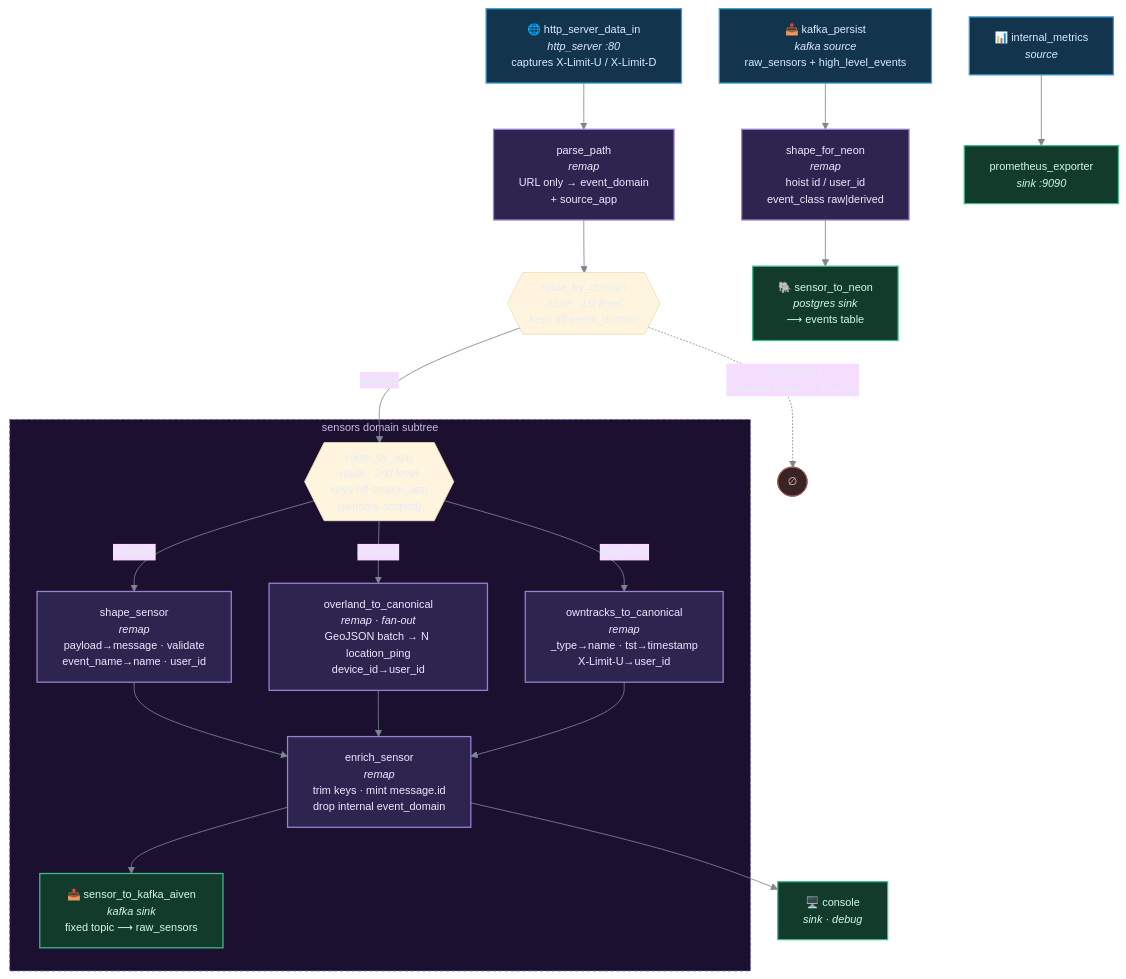
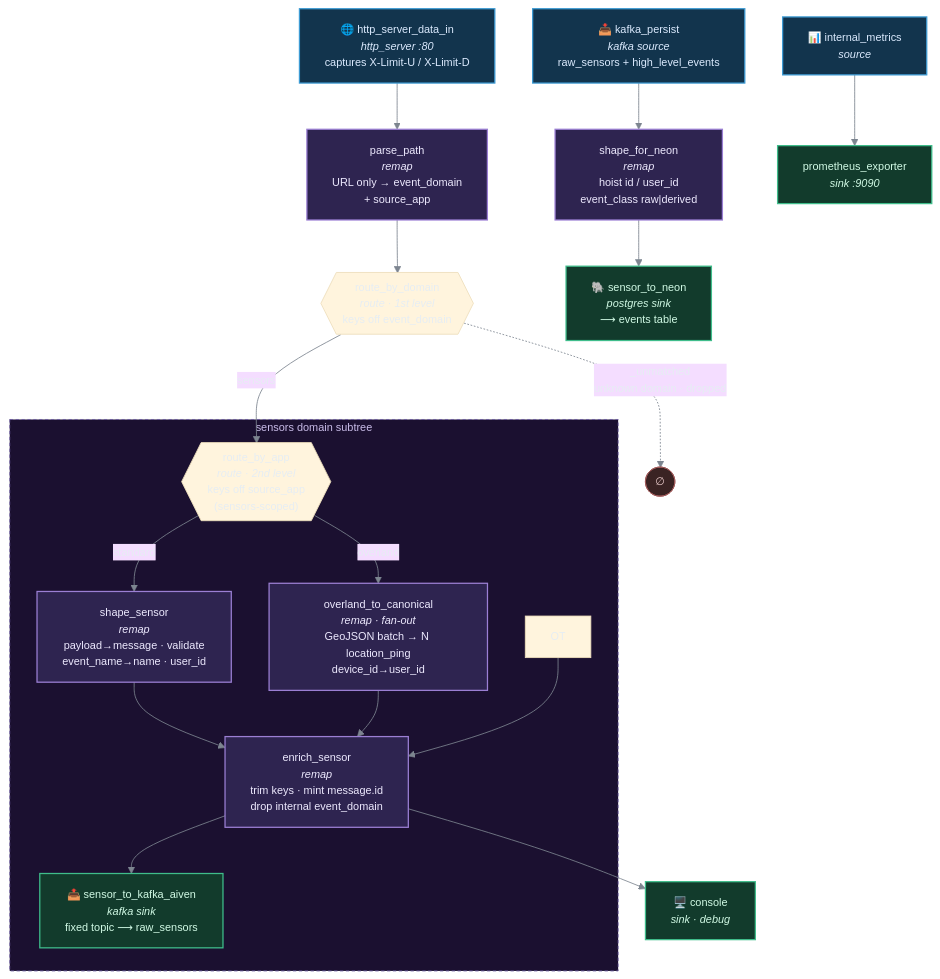
The diagram in doc/vector-pipeline.md (rodis/inference), drawn with Mermaid before and after one commit. The commit also changed other lines of this file and 1 other file, not shown here.

````diff
--- a/doc/vector-pipeline.md
+++ b/doc/vector-pipeline.md
@@ -13,46 +13,45 @@
 ```mermaid
 %%{init: {"theme":"base","themeVariables":{"fontFamily":"ui-monospace, SFMono-Regular, Menlo, monospace","fontSize":"13px","lineColor":"#7d8590","primaryTextColor":"#e6edf3"},"flowchart":{"curve":"basis","nodeSpacing":45,"rankSpacing":55}}}%%
 flowchart TD
     %% ===== INGEST LANE =====
     HTTP["🌐 http_server_data_in<br/><i>http_server :80</i><br/>captures X-Limit-U / X-Limit-D"]:::src
 
     HTTP --> PP["parse_path<br/><i>remap</i><br/>URL only → event_domain<br/>+ source_app"]:::xf
 
     PP --> RBD{{"route_by_domain<br/><i>route · 1st level</i><br/>keys off event_domain"}}
     RBD -.->|"_unmatched<br/>unknown domain · dropped"| DROP(["∅"]):::drop
 
     RBD -->|"sensors"| RBA{{"route_by_app<br/><i>route · 2nd level</i><br/>keys off source_app<br/>(sensors-scoped)"}}
-    RBA -->|"owntracks"| OT["owntracks_to_canonical<br/><i>remap</i><br/>_type→name · tst→timestamp<br/>X-Limit-U→user_id"]:::xf
     RBA -->|"overland"| OL["overland_to_canonical<br/><i>remap · fan-out</i><br/>GeoJSON batch → N location_ping<br/>device_id→user_id"]:::xf
     RBA -->|"standard"| SS["shape_sensor<br/><i>remap</i><br/>payload→message · validate<br/>event_name→name · user_id"]:::xf
 
     SS --> ENR
     OL --> ENR
     OT --> ENR["enrich_sensor<br/><i>remap</i><br/>trim keys · mint message.id<br/>drop internal event_domain"]:::xf
 
     ENR --> KAFKA["📤 sensor_to_kafka_aiven<br/><i>kafka sink</i><br/>fixed topic ⟶ raw_sensors"]:::sink
     ENR --> CON["🖥️ console<br/><i>sink · debug</i>"]:::sink
 
     subgraph SENSORS ["sensors domain subtree"]
       RBA
       OT
       OL
       SS
       ENR
       KAFKA
     end
 
     %% ===== PERSIST LANE =====
     KP["📥 kafka_persist<br/><i>kafka source</i><br/>raw_sensors + high_level_events"]:::src
     KP --> SFN["shape_for_neon<br/><i>remap</i><br/>hoist id / user_id<br/>event_class raw|derived"]:::xf
     SFN --> NEON["🐘 sensor_to_neon<br/><i>postgres sink</i><br/>⟶ events table"]:::sink
 
     %% ===== METRICS LANE =====
     IM["📊 internal_metrics<br/><i>source</i>"]:::src --> PROM["prometheus_exporter<br/><i>sink :9090</i>"]:::sink
 
     classDef src fill:#12344d,stroke:#3d9bd4,stroke-width:1.5px,color:#dbeafe
     classDef xf fill:#2e2450,stroke:#9b7fd4,stroke-width:1.5px,color:#ede9fe
     classDef sink fill:#123b2c,stroke:#3fbd8b,stroke-width:1.5px,color:#d1fae5
     classDef drop fill:#3a2323,stroke:#a05a5a,stroke-width:1px,color:#e8c9c9
     style SENSORS fill:#1b1030,stroke:#6b5a9e,stroke-width:1px,stroke-dasharray:4 3,color:#c9bce8
 ```
````
